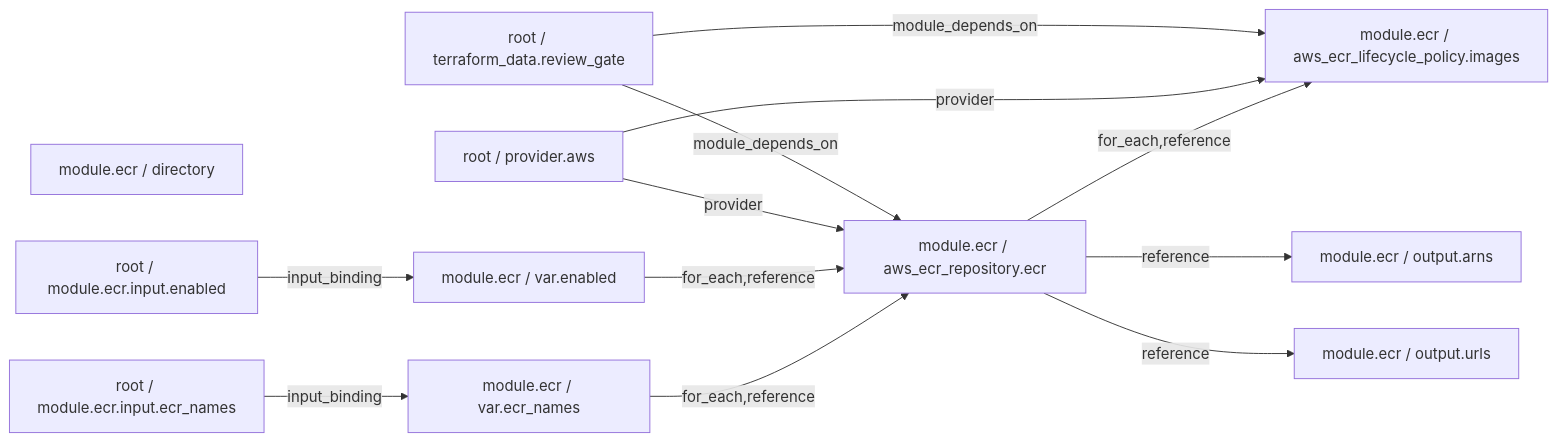
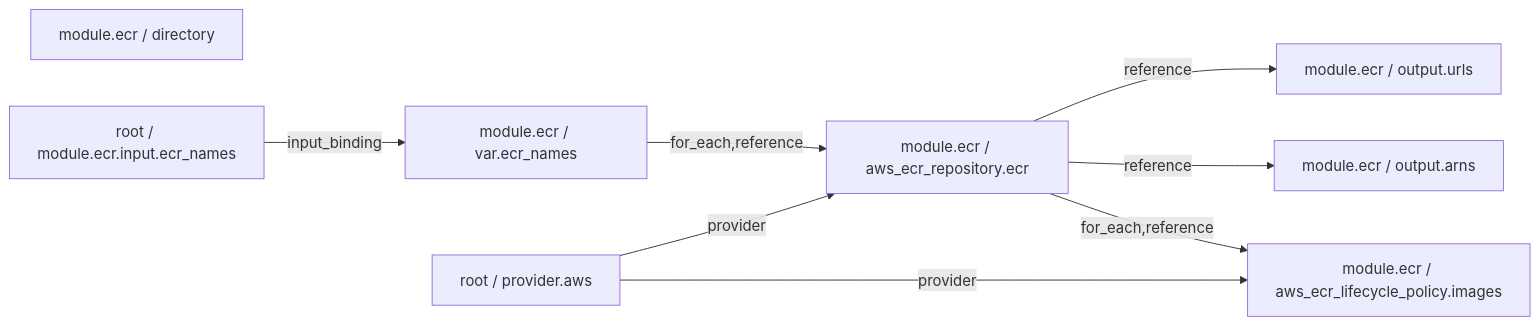
Before and after one commit to BohdanHavran/ClimateHealth-Monitoring: the fourth of 7 diagrams in docs/terraform/DEPENDENCY_GRAPH.md, drawn with Mermaid. The commit also changed other lines of this file and 50 other files, not shown here.

````diff
--- a/docs/terraform/DEPENDENCY_GRAPH.md
+++ b/docs/terraform/DEPENDENCY_GRAPH.md
@@ -455,25 +270,18 @@
 ```mermaid
 flowchart LR
   n0["module.ecr / directory"]
-  n1["root / terraform_data.review_gate"]
-  n2["module.ecr / aws_ecr_repository.ecr"]
-  n3["module.ecr / aws_ecr_lifecycle_policy.images"]
-  n4["module.ecr / output.arns"]
-  n5["module.ecr / output.urls"]
-  n6["module.ecr / var.ecr_names"]
-  n7["module.ecr / var.enabled"]
-  n8["root / provider.aws"]
-  n9["root / module.ecr.input.enabled"]
-  n10["root / module.ecr.input.ecr_names"]
-  n2 -->|"for_each,reference"| n3
-  n2 -->|"reference"| n4
-  n2 -->|"reference"| n5
-  n6 -->|"for_each,reference"| n2
-  n7 -->|"for_each,reference"| n2
-  n10 -->|"input_binding"| n6
-  n9 -->|"input_binding"| n7
-  n8 -->|"provider"| n3
-  n8 -->|"provider"| n2
-  n1 -->|"module_depends_on"| n3
-  n1 -->|"module_depends_on"| n2
+  n1["module.ecr / aws_ecr_repository.ecr"]
+  n2["module.ecr / aws_ecr_lifecycle_policy.images"]
+  n3["module.ecr / output.arns"]
+  n4["module.ecr / output.urls"]
+  n5["module.ecr / var.ecr_names"]
+  n6["root / provider.aws"]
+  n7["root / module.ecr.input.ecr_names"]
+  n1 -->|"for_each,reference"| n2
+  n1 -->|"reference"| n3
+  n1 -->|"reference"| n4
+  n5 -->|"for_each,reference"| n1
+  n7 -->|"input_binding"| n5
+  n6 -->|"provider"| n2
+  n6 -->|"provider"| n1
 ```
````
